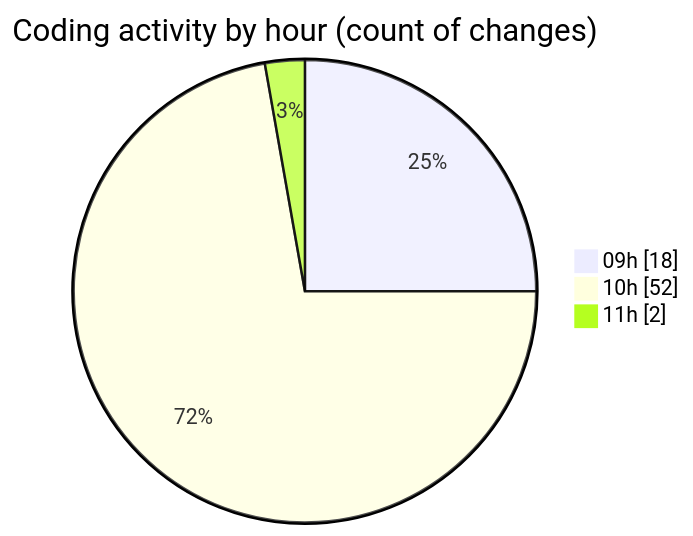
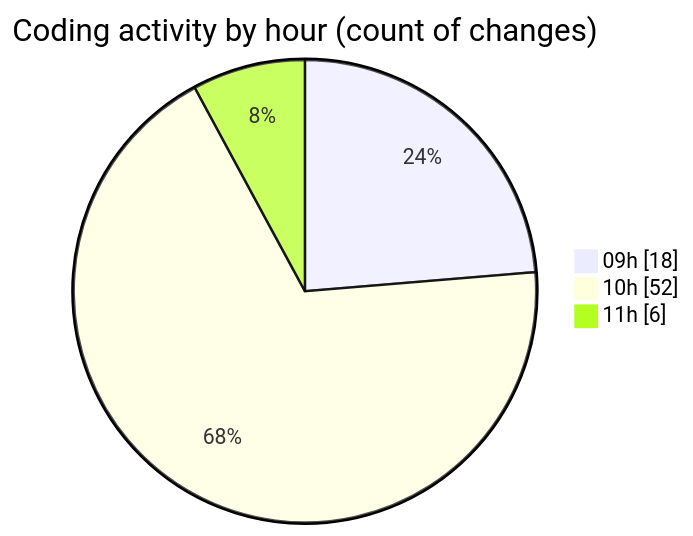
Before and after one commit to momahboobian/code-tracking: the second of 2 diagrams in 2025-03-21/cda/README.md, drawn with Mermaid. The commit also changed other lines of this file and 1 other file, not shown here.

````diff
--- a/2025-03-21/cda/README.md
+++ b/2025-03-21/cda/README.md
@@ -35,7 +35,7 @@
 ```mermaid
 pie showData
 title Coding activity by hour (count of changes)
 "09h" : 18
 "10h" : 52
-"11h" : 2
+"11h" : 6
 ```
````
